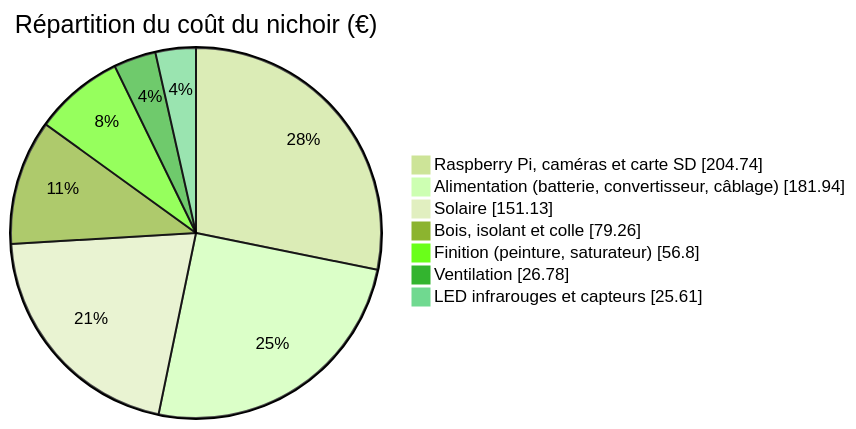
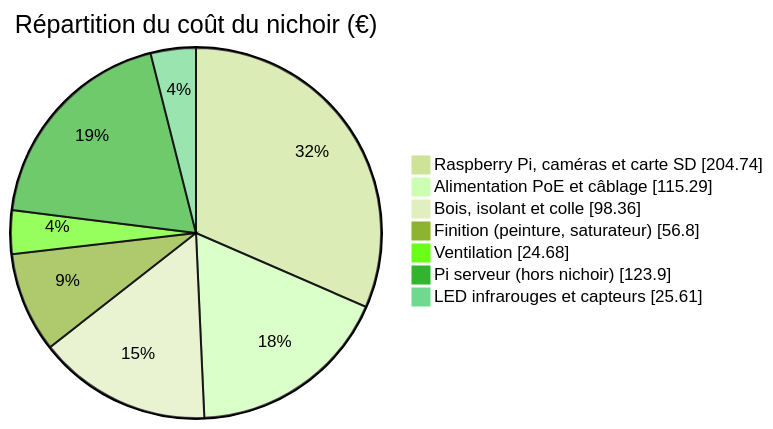
One commit to mathieujullien77190/birds changed the second of 2 diagrams in docs/schema-electronique.md. Above: the diagram before and after it, drawn with Mermaid (forest theme). The commit also changed other lines of this file and 104 other files, not shown here.

````diff
--- a/docs/schema-electronique.md
+++ b/docs/schema-electronique.md
@@ -776,10 +706,10 @@
 ```mermaid
 pie showData title Répartition du coût du nichoir (€)
     "Raspberry Pi, caméras et carte SD" : 204.74
-    "Alimentation (batterie, convertisseur, câblage)" : 181.94
-    "Solaire" : 151.13
-    "Bois, isolant et colle" : 79.26
+    "Alimentation PoE et câblage" : 115.29
+    "Bois, isolant et colle" : 98.36
     "Finition (peinture, saturateur)" : 56.8
-    "Ventilation" : 26.78
+    "Ventilation" : 24.68
+    "Pi serveur (hors nichoir)" : 123.9
     "LED infrarouges et capteurs" : 25.61
 ```
````
